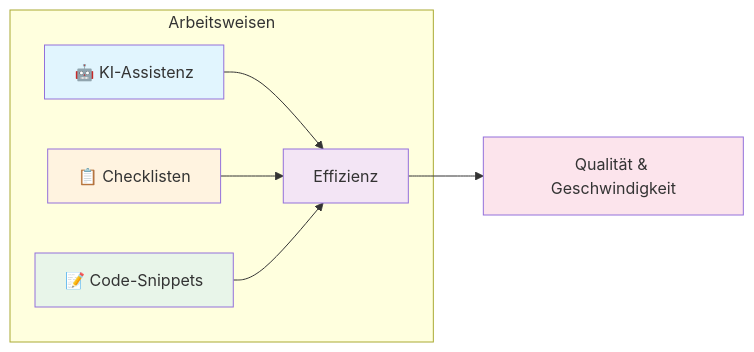
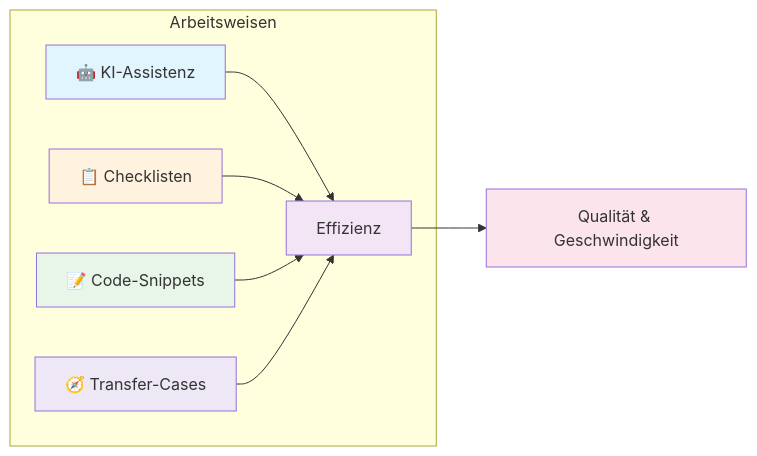
Before and after one commit to ralf-42/ML_Intro: the first of 6 diagrams in docs/concepts/grundlagen/coding-arbeitsweisen.md, drawn with Mermaid. The commit also changed other lines of this file, not shown here.

````diff
--- a/docs/concepts/grundlagen/coding-arbeitsweisen.md
+++ b/docs/concepts/grundlagen/coding-arbeitsweisen.md
@@ -30,15 +30,17 @@
 ```mermaid
 flowchart LR
     subgraph Arbeitsweisen
         A[🤖 KI-Assistenz] --> D[Effizienz]
         B[📋 Checklisten] --> D
         C[📝 Code-Snippets] --> D
+        F[🧭 Transfer-Cases] --> D
     end
     D --> E[Qualität & Geschwindigkeit]
     
     style A fill:#e1f5fe
     style B fill:#fff3e0
     style C fill:#e8f5e9
+    style F fill:#ede7f6
     style D fill:#f3e5f5
     style E fill:#fce4ec
 ```
````
